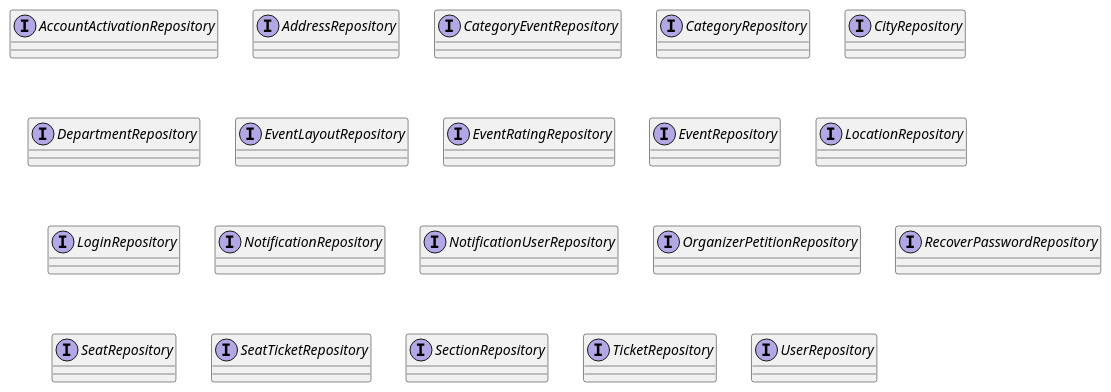
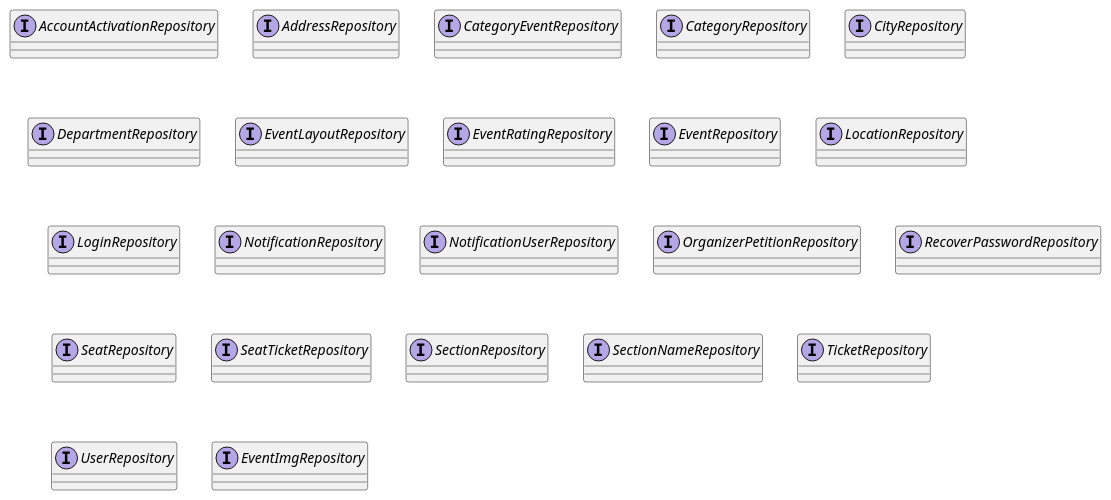
One commit to lozano2303/tu-evento changed the diagram in architecture/class diagram/class diagram repository simple.puml. Above: the diagram before and after it, drawn with PlantUML. The commit also changed 29 other files, not shown here.

Commit message:
feat(backend and web): section management in maquetation, class diagram actualization

```diff
--- a/architecture/class diagram/class diagram repository simple.puml
+++ b/architecture/class diagram/class diagram repository simple.puml
@@ -1,63 +1,69 @@
 @startuml Simple Repository Class Diagram
 
 interface AccountActivationRepository {
 }
 
 interface AddressRepository {
 }
 
 interface CategoryEventRepository {
 }
 
 interface CategoryRepository {
 }
 
 interface CityRepository {
 }
 
 interface DepartmentRepository {
 }
 
 interface EventLayoutRepository {
 }
 
 interface EventRatingRepository {
 }
 
 interface EventRepository {
 }
 
 interface LocationRepository {
 }
 
 interface LoginRepository {
 }
 
 interface NotificationRepository {
 }
 
 interface NotificationUserRepository {
 }
 
 interface OrganizerPetitionRepository {
 }
 
 interface RecoverPasswordRepository {
 }
 
 interface SeatRepository {
 }
 
 interface SeatTicketRepository {
 }
 
 interface SectionRepository {
 }
 
+interface SectionNameRepository {
+}
+
 interface TicketRepository {
 }
 
 interface UserRepository {
 }
 
+interface EventImgRepository {
+}
+
 @enduml
```
